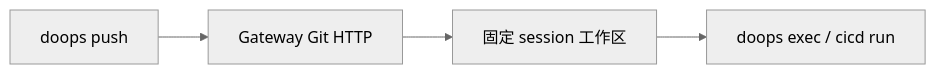
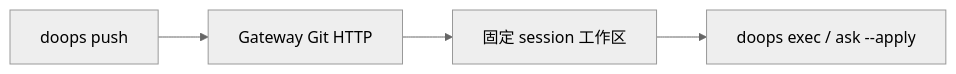
One commit to symansun/doops changed the second of 2 diagrams in backend/docs/code_sync_rsync_analysis.md. Above: the diagram before and after it, drawn with Mermaid (neutral theme). The commit also changed other lines of this file and 21 other files, not shown here.

````diff
--- a/backend/docs/code_sync_rsync_analysis.md
+++ b/backend/docs/code_sync_rsync_analysis.md
@@ -110,6 +104,6 @@
 ```mermaid
 graph LR
     A["doops push"] --> B["Gateway Git HTTP"]
     B --> C["固定 session 工作区"]
-    C --> D["doops exec / cicd run"]
+    C --> D["doops exec / ask --apply"]
 ```
````
